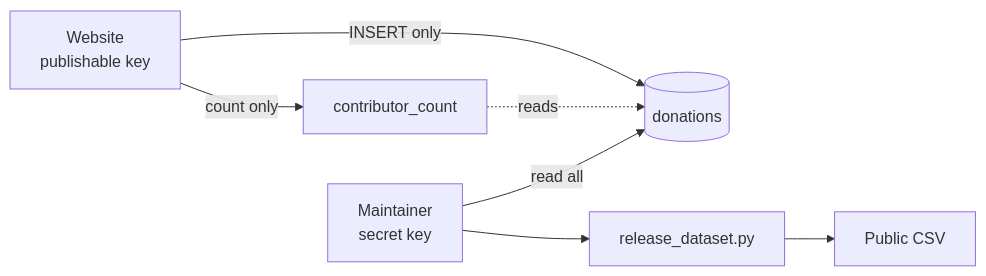
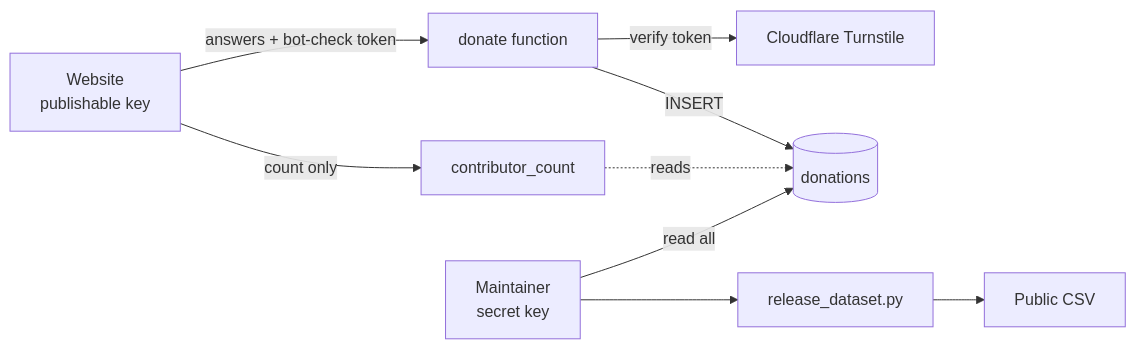
One commit to Anika-Lakhani/south-asian-heart-risk changed the second of 2 diagrams in docs/DONATIONS.md. Above: the diagram before and after it, drawn with Mermaid. The commit also changed other lines of this file and 8 other files, not shown here.

First line of the commit message:
Add Cloudflare Turnstile bot check for donations (ready to enable)

````diff
--- a/docs/DONATIONS.md
+++ b/docs/DONATIONS.md
@@ -99,8 +100,10 @@
 ```mermaid
 flowchart LR
-    W[Website<br/>publishable key] -- "INSERT only" --> T[(donations)]
+    W[Website<br/>publishable key] -- "answers + bot-check token" --> D[donate function]
+    D -- "verify token" --> C[Cloudflare Turnstile]
+    D -- "INSERT" --> T[(donations)]
     W -- "count only" --> F[contributor_count]
     F -. reads .-> T
     M[Maintainer<br/>secret key] -- "read all" --> T
     M --> R[release_dataset.py] --> P[Public CSV]
 ```
````
